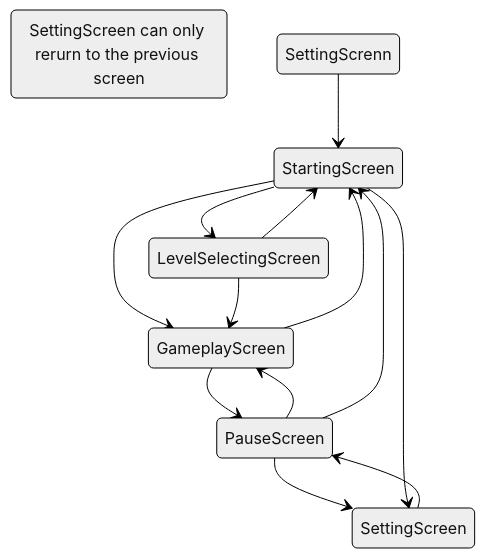
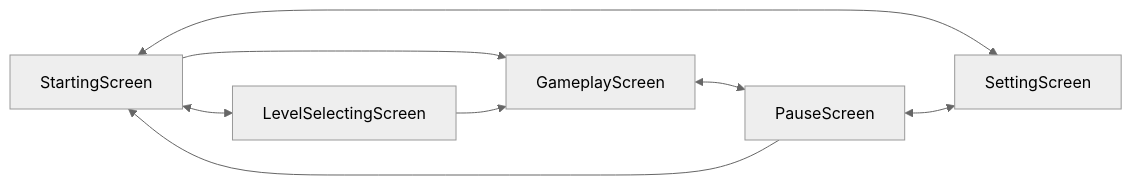
The diagram in screens/README.md (dRoycon/HS_SoftwareEngineeringProject), drawn with Mermaid (neutral theme) before and after one commit.

Commit message:
modified:   screens/README.md

````diff
--- a/screens/README.md
+++ b/screens/README.md
@@ -4,23 +4,14 @@
 ``` mermaid
-stateDiagram-v2
+flowchart LR
 
     StartingScreen --> GameplayScreen
-    GameplayScreen --> StartingScreen
+    StartingScreen <--> LevelSelectingScreen
+    StartingScreen <--> SettingScreen
 
-    GameplayScreen --> PauseScreen
-    PauseScreen --> GameplayScreen
+    LevelSelectingScreen --> GameplayScreen
 
-    state  "SettingScreen can only rerurn to the previous screen" as s1
-
+    GameplayScreen <--> PauseScreen
+    PauseScreen <--> SettingScreen
     PauseScreen --> StartingScreen
-    PauseScreen --> SettingScreen
-    SettingScreen --> PauseScreen
-
-    LevelSelectingScreen --> StartingScreen
-    LevelSelectingScreen --> GameplayScreen
-    StartingScreen --> LevelSelectingScreen
-
-    StartingScreen --> SettingScreen
-    SettingScrenn --> StartingScreen
 
 ```
````
